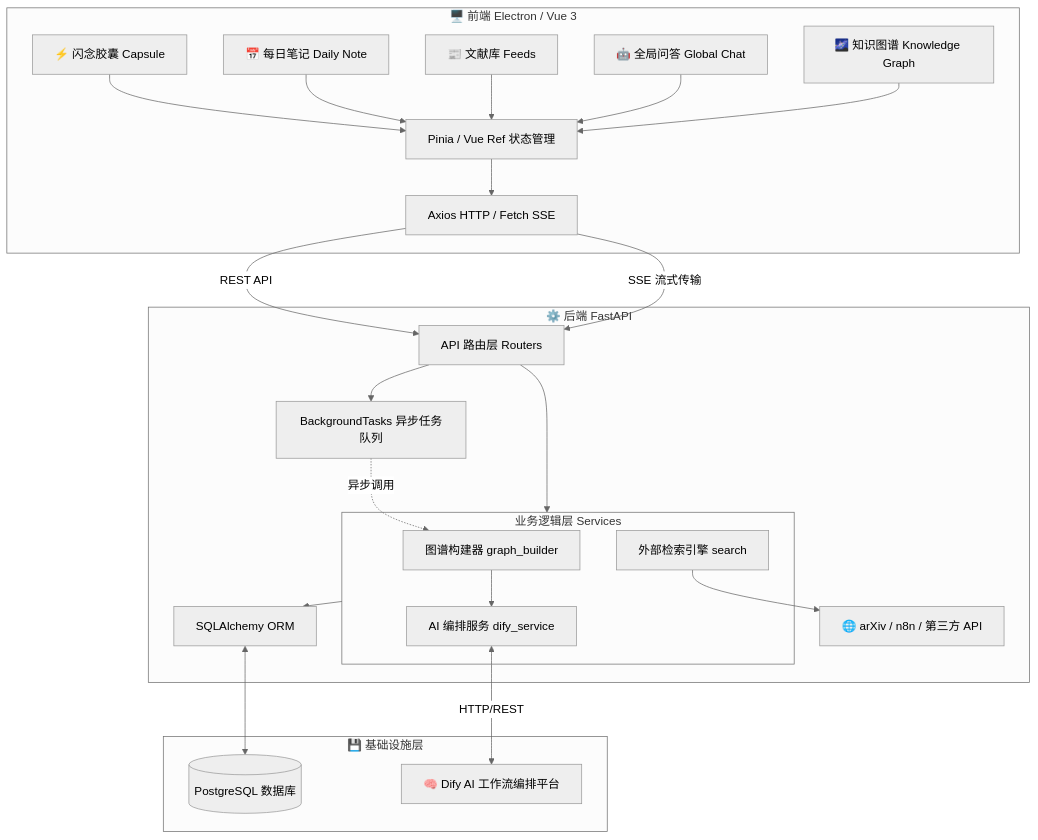
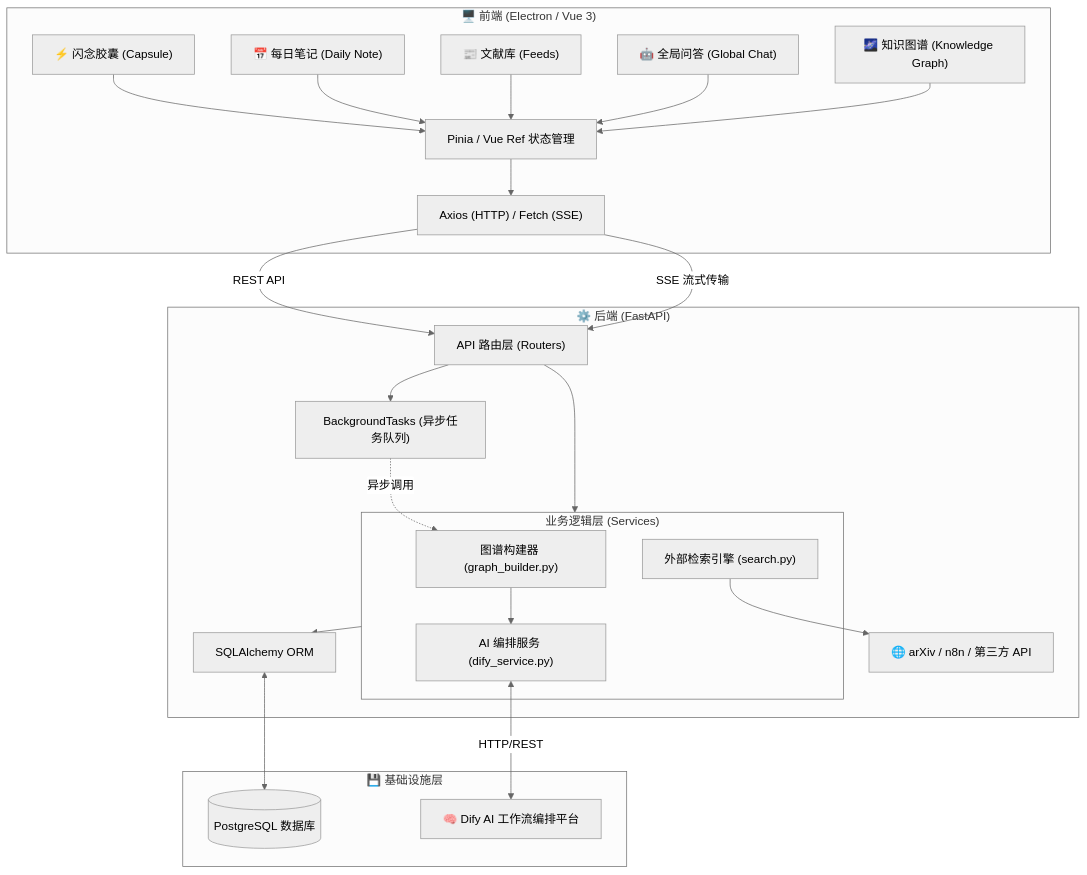
The first of 7 diagrams in Project_Documentation.md (lisongjianustc/InsightGraph), drawn with Mermaid (neutral theme) before and after one commit. The commit also changed other lines of this file and 1 other file, not shown here.

Commit message:
docs: rigorously fix mermaid diagram parsing errors by enforcing strict string quoting for node IDs, edge labels, and subgraph titles

````diff
--- a/Project_Documentation.md
+++ b/Project_Documentation.md
@@ -57,52 +57,52 @@
 ```mermaid
 graph TD
-    subgraph Frontend [🖥️ 前端 Electron / Vue 3]
-        UI_Capsule[⚡ 闪念胶囊 Capsule]
-        UI_DailyNote[📅 每日笔记 Daily Note]
-        UI_Feed[📰 文献库 Feeds]
-        UI_Chat[🤖 全局问答 Global Chat]
-        UI_Graph[🌌 知识图谱 Knowledge Graph]
+    subgraph Frontend ["🖥️ 前端 (Electron / Vue 3)"]
+        UI_Capsule["⚡ 闪念胶囊 (Capsule)"]
+        UI_DailyNote["📅 每日笔记 (Daily Note)"]
+        UI_Feed["📰 文献库 (Feeds)"]
+        UI_Chat["🤖 全局问答 (Global Chat)"]
+        UI_Graph["🌌 知识图谱 (Knowledge Graph)"]
         
-        State[Pinia / Vue Ref 状态管理]
-        Axios[Axios HTTP / Fetch SSE]
+        State["Pinia / Vue Ref 状态管理"]
+        Axios["Axios (HTTP) / Fetch (SSE)"]
         
         UI_Capsule --> State
         UI_DailyNote --> State
         UI_Feed --> State
         UI_Chat --> State
         UI_Graph --> State
         State --> Axios
     end
 
-    subgraph Backend [⚙️ 后端 FastAPI]
-        API_Router[API 路由层 Routers]
+    subgraph Backend ["⚙️ 后端 (FastAPI)"]
+        API_Router["API 路由层 (Routers)"]
         
-        subgraph Services [业务逻辑层 Services]
-            Service_Graph[图谱构建器 graph_builder]
-            Service_Dify[AI 编排服务 dify_service]
-            Service_Search[外部检索引擎 search]
+        subgraph Services ["业务逻辑层 (Services)"]
+            Service_Graph["图谱构建器 (graph_builder.py)"]
+            Service_Dify["AI 编排服务 (dify_service.py)"]
+            Service_Search["外部检索引擎 (search.py)"]
         end
         
         ORM["SQLAlchemy ORM"]
-        BG_Tasks[BackgroundTasks 异步任务队列]
+        BG_Tasks["BackgroundTasks (异步任务队列)"]
         
         API_Router --> Services
         API_Router --> BG_Tasks
-        BG_Tasks -.->|异步调用| Service_Graph
+        BG_Tasks -.->|"异步调用"| Service_Graph
         Service_Graph --> Service_Dify
         Service_Search --> External_API
         Services --> ORM
     end
 
-    subgraph Infrastructure [💾 基础设施层]
-        DB[(PostgreSQL 数据库)]
-        Dify[🧠 Dify AI 工作流编排平台]
-        External_API[🌐 arXiv / n8n / 第三方 API]
+    subgraph Infrastructure ["💾 基础设施层"]
+        DB[("PostgreSQL 数据库")]
+        Dify["🧠 Dify AI 工作流编排平台"]
+        External_API["🌐 arXiv / n8n / 第三方 API"]
     end
 
-    Axios -->|REST API| API_Router
-    Axios -->|SSE 流式传输| API_Router
+    Axios -->|"REST API"| API_Router
+    Axios -->|"SSE 流式传输"| API_Router
     
     ORM <--> DB
-    Service_Dify <-->|HTTP/REST| Dify
+    Service_Dify <-->|"HTTP/REST"| Dify
 ```
````
